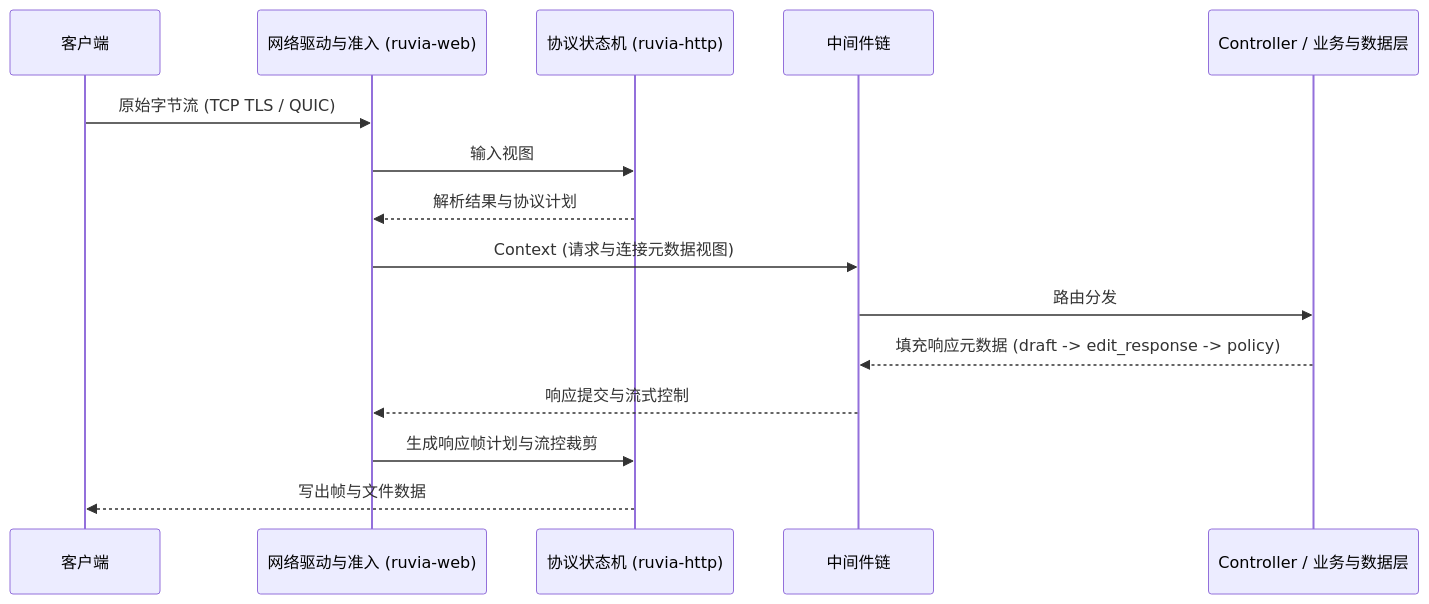
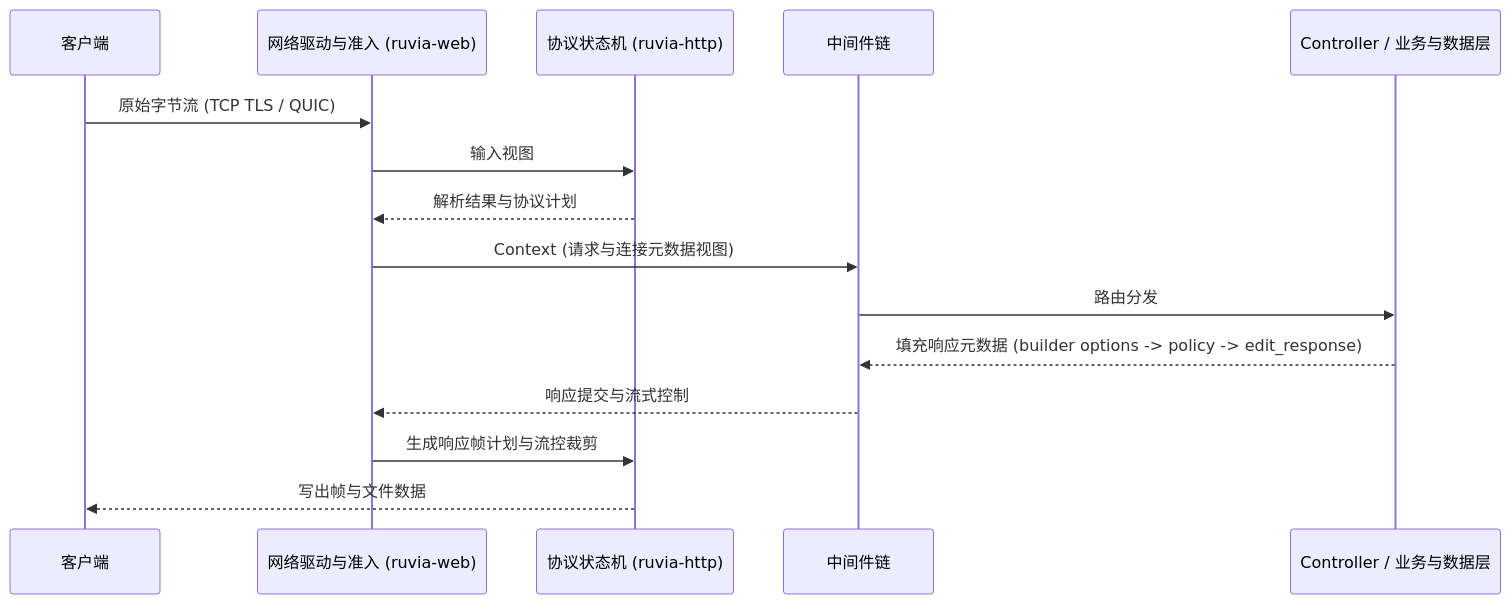
The fourth of 4 diagrams in AGENTS.md (hyird/Ruvia), drawn with Mermaid before and after one commit. The commit also changed other lines of this file and 197 other files, not shown here.

````diff
--- a/AGENTS.md
+++ b/AGENTS.md
@@ -138,18 +138,18 @@
 ```mermaid
 sequenceDiagram
     participant C as 客户端
     participant IO as 网络驱动与准入 (ruvia-web)
     participant P as 协议状态机 (ruvia-http)
     participant M as 中间件链
     participant H as Controller / 业务与数据层
 
     C->>IO: 原始字节流 (TCP TLS / QUIC)
     IO->>P: 输入视图
     P-->>IO: 解析结果与协议计划
     IO->>M: Context (请求与连接元数据视图)
     M->>H: 路由分发
-    H-->>M: 填充响应元数据 (draft -> edit_response -> policy)
+    H-->>M: 填充响应元数据 (builder options -> policy -> edit_response)
     M-->>IO: 响应提交与流式控制
     IO->>P: 生成响应帧计划与流控裁剪
     P-->>C: 写出帧与文件数据
 ```
````
